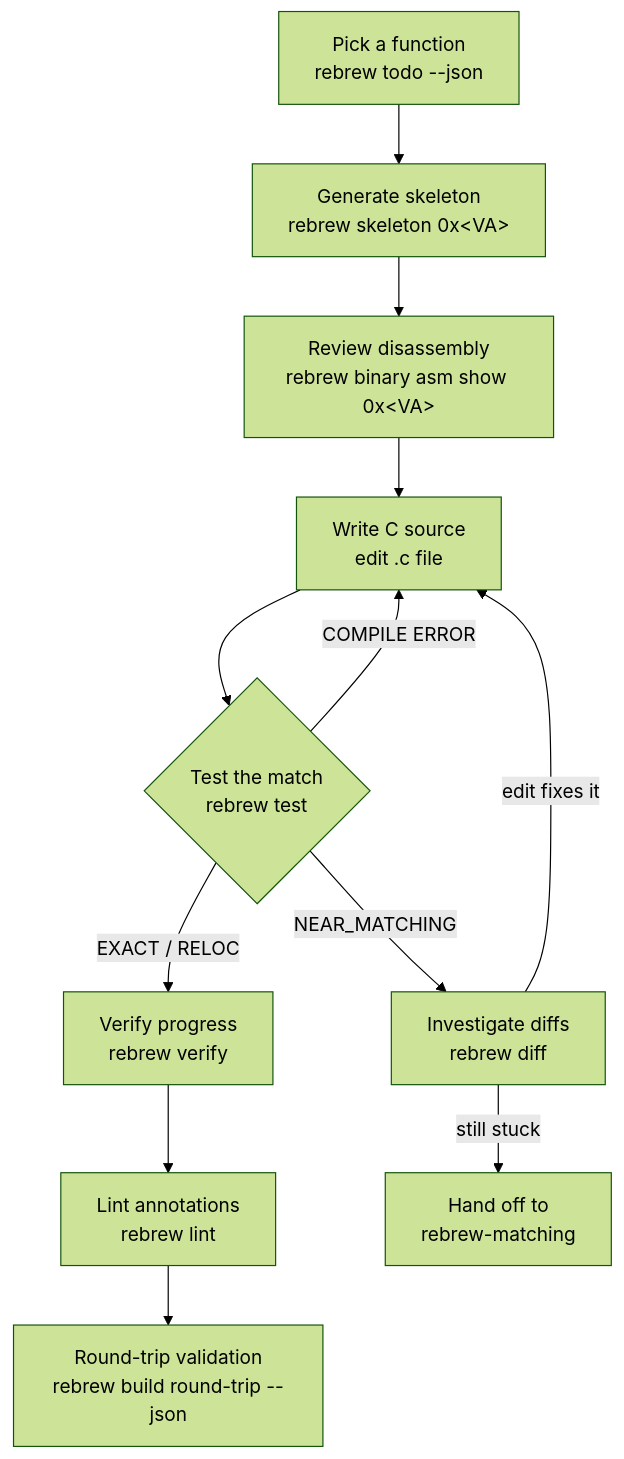
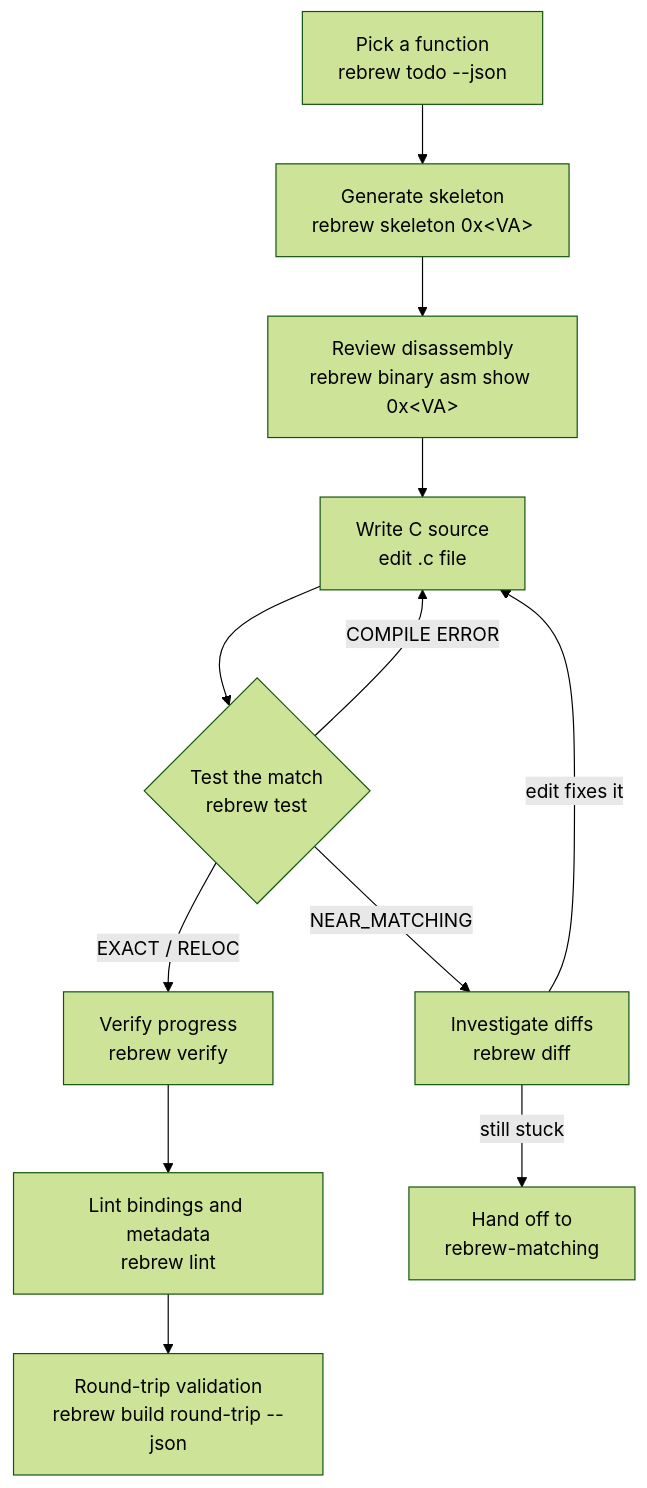
Before and after one commit to maci0/rebrew: the diagram in .agents/skills/rebrew-workflow/SKILL.md, drawn with Mermaid (forest theme). The commit also changed other lines of this file and 238 other files, not shown here.

````diff
--- a/.agents/skills/rebrew-workflow/SKILL.md
+++ b/.agents/skills/rebrew-workflow/SKILL.md
@@ -12,14 +12,14 @@
 ```mermaid
 graph TD
     Pick[Pick a function<br/>rebrew todo --json] --> Skeleton[Generate skeleton<br/>rebrew skeleton 0x&lt;VA&gt;]
     Skeleton --> Asm[Review disassembly<br/>rebrew binary asm show 0x&lt;VA&gt;]
     Asm --> Write[Write C source<br/>edit .c file]
     Write --> Test{Test the match<br/>rebrew test}
     Test -->|EXACT / RELOC| Verify[Verify progress<br/>rebrew verify]
     Test -->|COMPILE ERROR| Write
     Test -->|NEAR_MATCHING| Diff[Investigate diffs<br/>rebrew diff]
     Diff -->|edit fixes it| Write
     Diff -->|still stuck| Matching[Hand off to<br/>rebrew-matching]
-    Verify --> Lint[Lint annotations<br/>rebrew lint]
+    Verify --> Lint[Lint bindings and metadata<br/>rebrew lint]
     Lint --> RoundTrip[Round-trip validation<br/>rebrew build round-trip --json]
 ```
````
